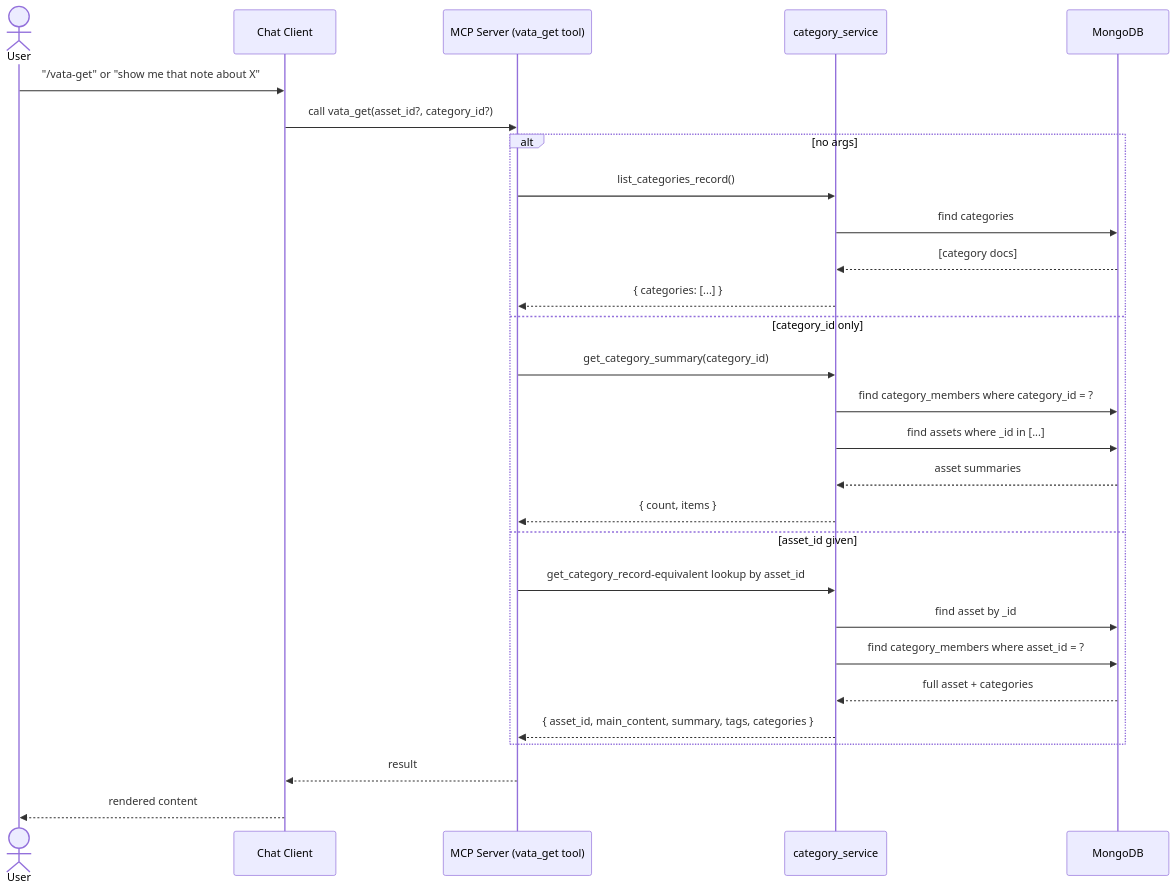
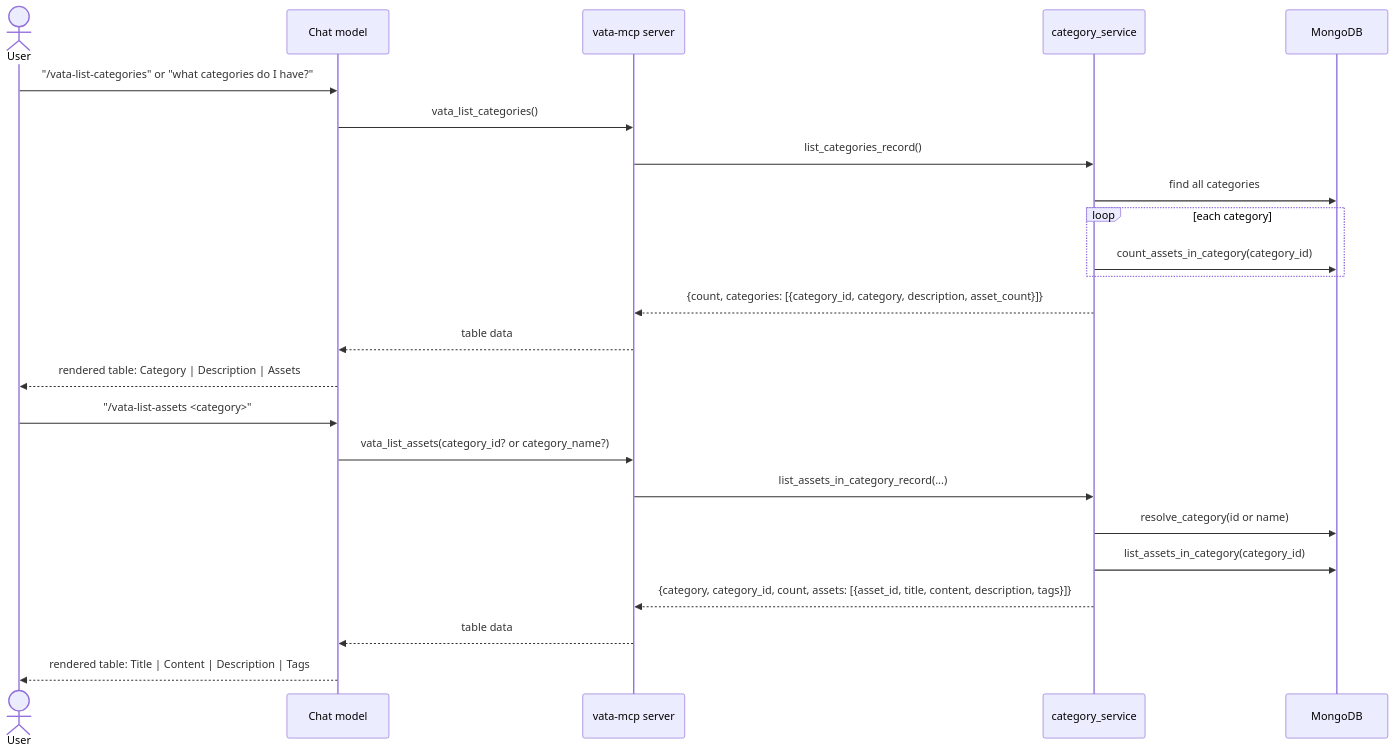
One commit to vivekvpai/vata changed the fourth of 9 diagrams in VATA_DATAFLOW.md. Above: the diagram before and after it, drawn with Mermaid. The commit also changed other lines of this file and 2 other files, not shown here.

````diff
--- a/VATA_DATAFLOW.md
+++ b/VATA_DATAFLOW.md
@@ -58,31 +91,28 @@
 ```mermaid
 sequenceDiagram
     actor U as User
-    participant C as Chat Client
-    participant T as MCP Server (vata_get tool)
+    participant Model as Chat model
+    participant T as vata-mcp server
     participant CS as category_service
     participant DB as MongoDB
 
-    U->>C: "/vata-get" or "show me that note about X"
-    C->>T: call vata_get(asset_id?, category_id?)
-    alt no args
-        T->>CS: list_categories_record()
-        CS->>DB: find categories
-        DB-->>CS: [category docs]
-        CS-->>T: { categories: [...] }
-    else category_id only
-        T->>CS: get_category_summary(category_id)
-        CS->>DB: find category_members where category_id = ?
-        CS->>DB: find assets where _id in [...]
-        DB-->>CS: asset summaries
-        CS-->>T: { count, items }
-    else asset_id given
-        T->>CS: get_category_record-equivalent lookup by asset_id
-        CS->>DB: find asset by _id
-        CS->>DB: find category_members where asset_id = ?
-        DB-->>CS: full asset + categories
-        CS-->>T: { asset_id, main_content, summary, tags, categories }
+    U->>Model: "/vata-list-categories" or "what categories do I have?"
+    Model->>T: vata_list_categories()
+    T->>CS: list_categories_record()
+    CS->>DB: find all categories
+    loop each category
+        CS->>DB: count_assets_in_category(category_id)
     end
-    T-->>C: result
-    C-->>U: rendered content
+    CS-->>T: {count, categories: [{category_id, category, description, asset_count}]}
+    T-->>Model: table data
+    Model-->>U: rendered table: Category | Description | Assets
+
+    U->>Model: "/vata-list-assets <category>"
+    Model->>T: vata_list_assets(category_id? or category_name?)
+    T->>CS: list_assets_in_category_record(...)
+    CS->>DB: resolve_category(id or name)
+    CS->>DB: list_assets_in_category(category_id)
+    CS-->>T: {category, category_id, count, assets: [{asset_id, title, content, description, tags}]}
+    T-->>Model: table data
+    Model-->>U: rendered table: Title | Content | Description | Tags
 ```
````
